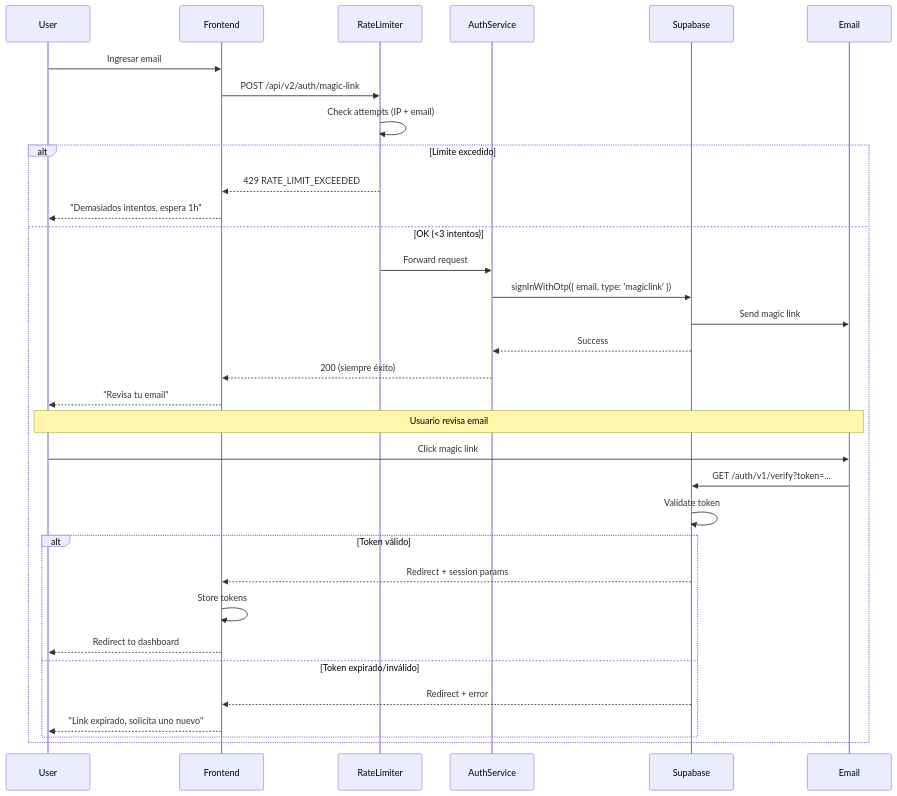
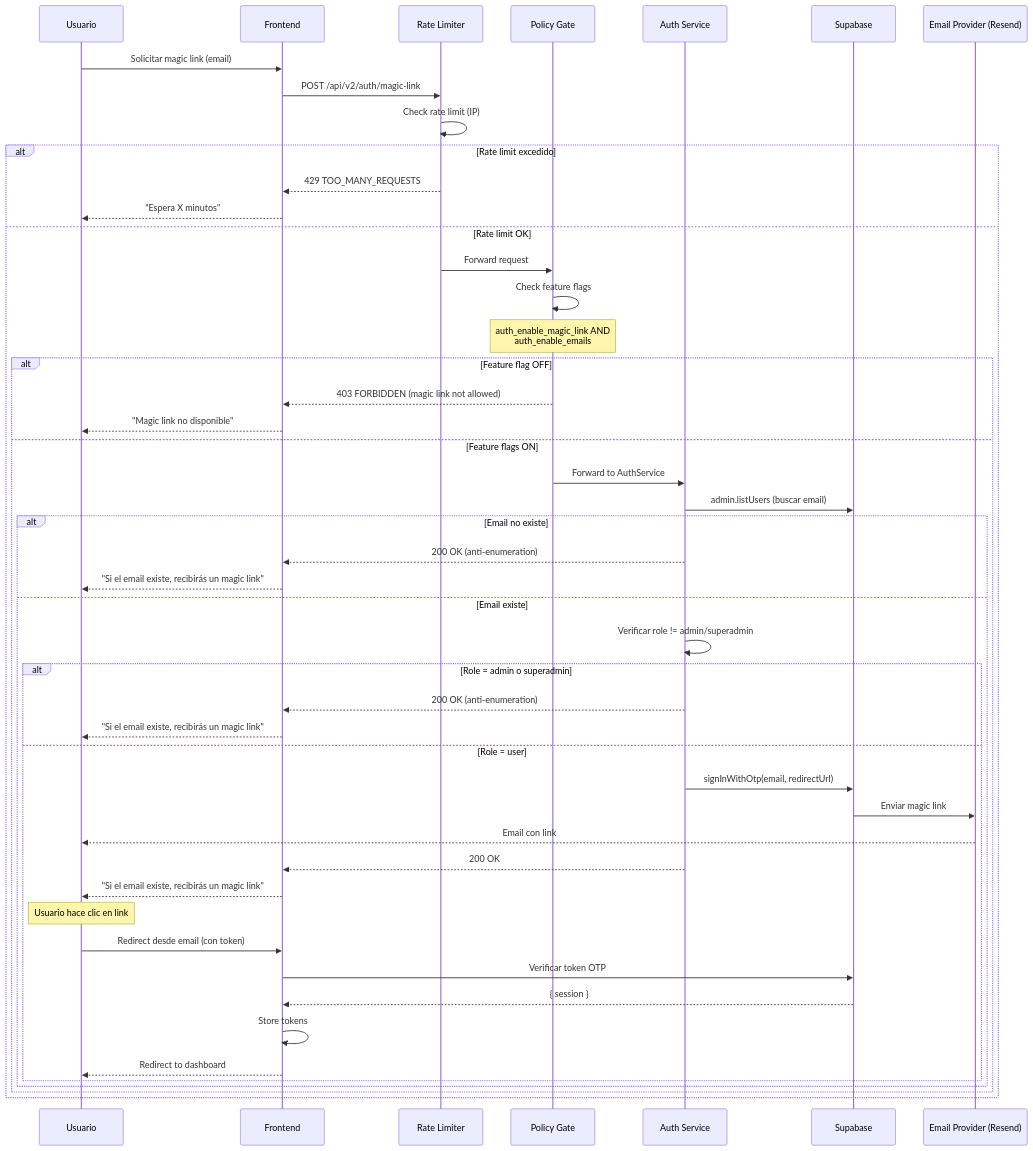
Before and after one commit to Eibon7/roastr-ai: the second of 3 diagrams in docs/nodes-v2/auth/login-flows.md, drawn with Mermaid. The commit also changed other lines of this file and 16 other files, not shown here.

First line of the commit message:
feat(ROA-403): Complete Auth Infra v2 - sessionRefresh, health endpoint, OAuth infra (#1233)

````diff
--- a/docs/nodes-v2/auth/login-flows.md
+++ b/docs/nodes-v2/auth/login-flows.md
@@ -230,41 +198,57 @@
 ```mermaid
 sequenceDiagram
-    participant User
-    participant Frontend
-    participant RateLimiter
-    participant AuthService
-    participant Supabase
-    participant Email
+    participant U as Usuario
+    participant F as Frontend
+    participant RL as Rate Limiter
+    participant PG as Policy Gate
+    participant AS as Auth Service
+    participant SB as Supabase
+    participant Email as Email Provider (Resend)
 
-    User->>Frontend: Ingresar email
-    Frontend->>RateLimiter: POST /api/v2/auth/magic-link
+    U->>F: Solicitar magic link (email)
+    F->>RL: POST /api/v2/auth/magic-link
     
-    RateLimiter->>RateLimiter: Check attempts (IP + email)
-    
-    alt Límite excedido
-        RateLimiter-->>Frontend: 429 RATE_LIMIT_EXCEEDED
-        Frontend-->>User: "Demasiados intentos, espera 1h"
-    else OK (<3 intentos)
-        RateLimiter->>AuthService: Forward request
-        AuthService->>Supabase: signInWithOtp({ email, type: 'magiclink' })
-        Supabase->>Email: Send magic link
-        Supabase-->>AuthService: Success
-        AuthService-->>Frontend: 200 (siempre éxito)
-        Frontend-->>User: "Revisa tu email"
+    RL->>RL: Check rate limit (IP)
+    alt Rate limit excedido
+        RL-->>F: 429 TOO_MANY_REQUESTS
+        F-->>U: "Espera X minutos"
+    else Rate limit OK
+        RL->>PG: Forward request
         
-        Note over User,Email: Usuario revisa email
+        PG->>PG: Check feature flags
+        Note over PG: auth_enable_magic_link AND<br/>auth_enable_emails
         
-        User->>Email: Click magic link
-        Email->>Supabase: GET /auth/v1/verify?token=...
-        Supabase->>Supabase: Validate token
-        
-        alt Token válido
-            Supabase-->>Frontend: Redirect + session params
-            Frontend->>Frontend: Store tokens
-            Frontend-->>User: Redirect to dashboard
-        else Token expirado/inválido
-            Supabase-->>Frontend: Redirect + error
-            Frontend-->>User: "Link expirado, solicita uno nuevo"
+        alt Feature flag OFF
+            PG-->>F: 403 FORBIDDEN (magic link not allowed)
+            F-->>U: "Magic link no disponible"
+        else Feature flags ON
+            PG->>AS: Forward to AuthService
+            AS->>SB: admin.listUsers (buscar email)
+            
+            alt Email no existe
+                AS-->>F: 200 OK (anti-enumeration)
+                F-->>U: "Si el email existe, recibirás un magic link"
+            else Email existe
+                AS->>AS: Verificar role != admin/superadmin
+                
+                alt Role = admin o superadmin
+                    AS-->>F: 200 OK (anti-enumeration)
+                    F-->>U: "Si el email existe, recibirás un magic link"
+                else Role = user
+                    AS->>SB: signInWithOtp(email, redirectUrl)
+                    SB->>Email: Enviar magic link
+                    Email-->>U: Email con link
+                    AS-->>F: 200 OK
+                    F-->>U: "Si el email existe, recibirás un magic link"
+                    
+                    Note over U: Usuario hace clic en link
+                    U->>F: Redirect desde email (con token)
+                    F->>SB: Verificar token OTP
+                    SB-->>F: { session }
+                    F->>F: Store tokens
+                    F-->>U: Redirect to dashboard
+                end
+            end
         end
     end
 ```
````
